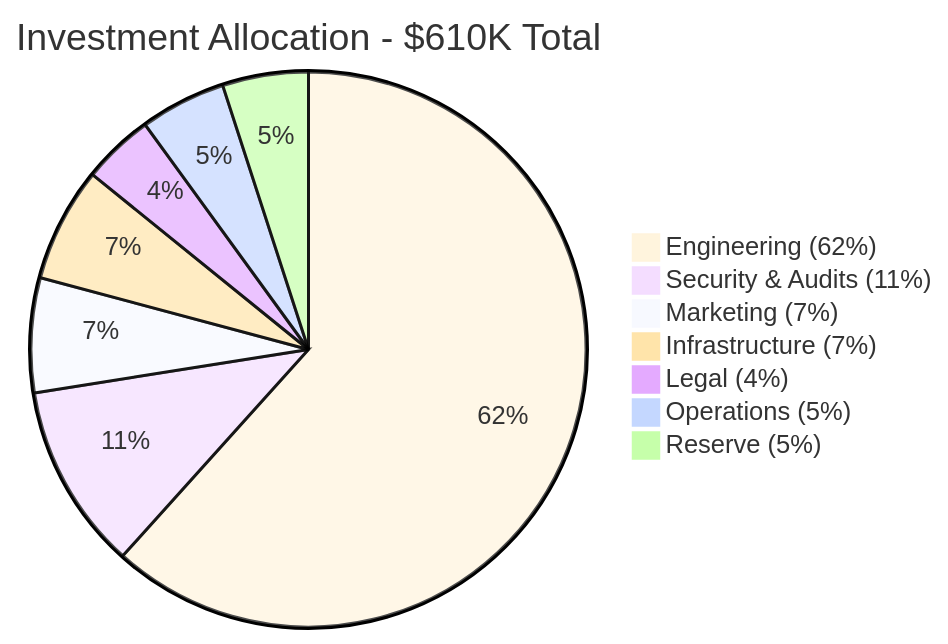
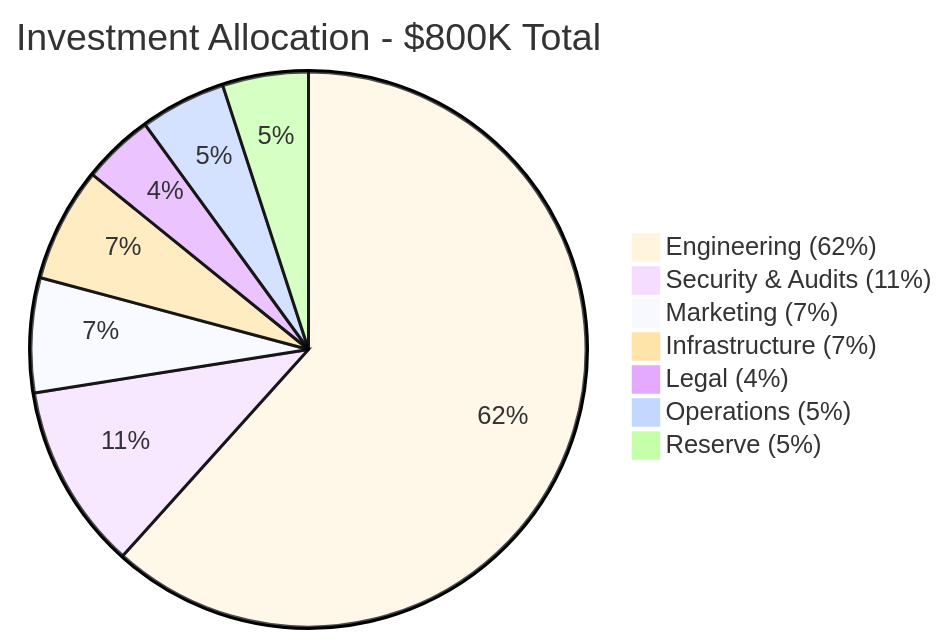
The fourth of 7 diagrams in roadmap/roadmap.md (actiquest-dev/actiquest.github.io), drawn with Mermaid before and after one commit. The commit also changed other lines of this file, not shown here.

````diff
--- a/roadmap/roadmap.md
+++ b/roadmap/roadmap.md
@@ -131,11 +131,11 @@
 ```mermaid
 %%{init: {'theme':'base'}}%%
-pie title Investment Allocation - $610K Total
+pie title Investment Allocation - $800K Total
     "Engineering (62%)" : 370
     "Security & Audits (11%)" : 65
     "Marketing (7%)" : 40
     "Infrastructure (7%)" : 40
     "Legal (4%)" : 25
     "Operations (5%)" : 30
     "Reserve (5%)" : 30
 ```
````
